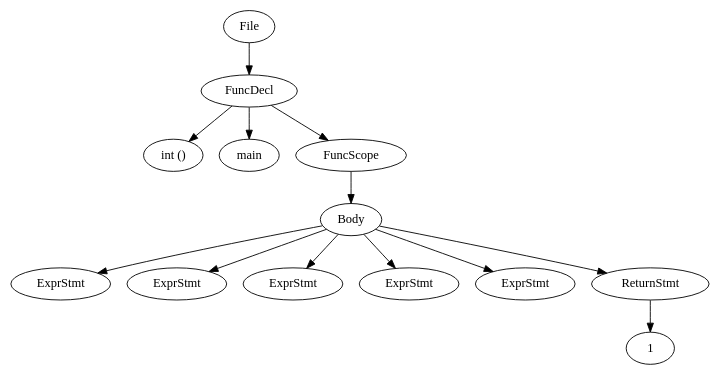
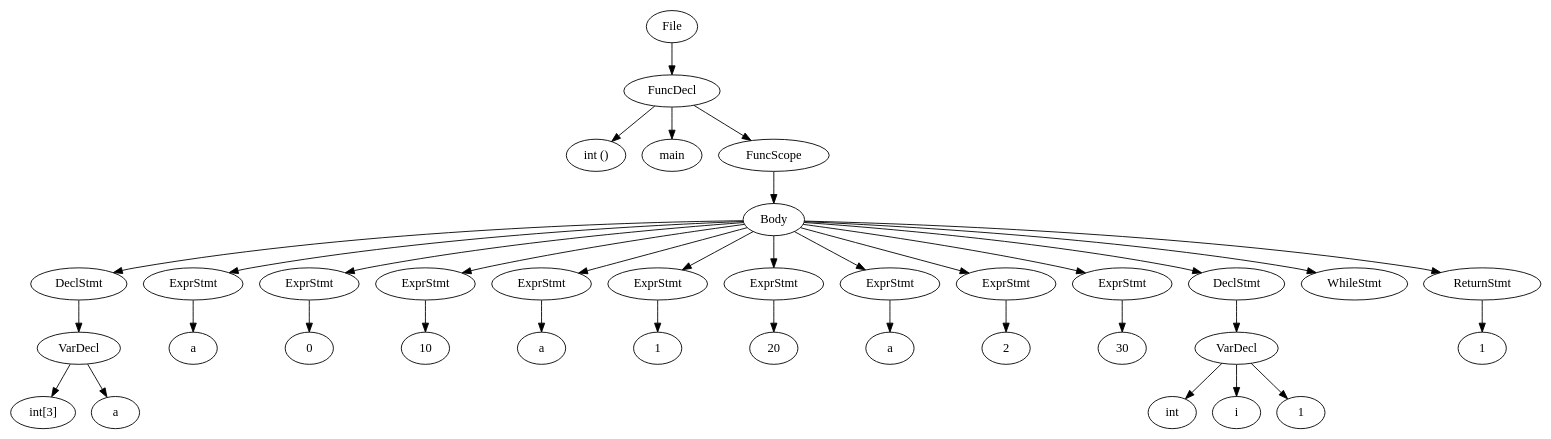
Before and after one commit to LarsDeLeeuw/Compilers: the diagram in src/output.dot, drawn with Graphviz. The commit also changed 9 other files, not shown here.

```diff
--- a/src/output.dot
+++ b/src/output.dot
@@ -1,26 +1,72 @@
 digraph {n0 [label="File"];
 n1 [label="FuncDecl"];
 n2 [label="int ()"];
 n3 [label="main"];
 n4 [label="FuncScope"];
 n6 [label="Body"];
-n8 [label="ExprStmt"];
-n10 [label="ExprStmt"];
-n12 [label="ExprStmt"];
-n14 [label="ExprStmt"];
-n16 [label="ExprStmt"];
-n18 [label="ReturnStmt"];
-n19 [label="1"];
+n8 [label="DeclStmt"];
+n9 [label="VarDecl"];
+n10 [label="int[3]"];
+n11 [label="a"];
+n13 [label="ExprStmt"];
+n14 [label="a"];
+n15 [label="ExprStmt"];
+n16 [label="0"];
+n17 [label="ExprStmt"];
+n18 [label="10"];
+n19 [label="ExprStmt"];
+n20 [label="a"];
+n21 [label="ExprStmt"];
+n22 [label="1"];
+n23 [label="ExprStmt"];
+n24 [label="20"];
+n25 [label="ExprStmt"];
+n26 [label="a"];
+n27 [label="ExprStmt"];
+n28 [label="2"];
+n29 [label="ExprStmt"];
+n30 [label="30"];
+n31 [label="DeclStmt"];
+n32 [label="VarDecl"];
+n33 [label="int"];
+n34 [label="i"];
+n35 [label="1"];
+n36 [label="WhileStmt"];
+n38 [label="ReturnStmt"];
+n39 [label="1"];
 n0 -> n1
 n1 -> n2
 n1 -> n3
 n1 -> n4
 n4 -> n6
 n6 -> n8
-n6 -> n10
-n6 -> n12
-n6 -> n14
-n6 -> n16
-n6 -> n18
-n18 -> n19
+n8 -> n9
+n9 -> n10
+n9 -> n11
+n6 -> n13
+n13 -> n14
+n6 -> n15
+n15 -> n16
+n6 -> n17
+n17 -> n18
+n6 -> n19
+n19 -> n20
+n6 -> n21
+n21 -> n22
+n6 -> n23
+n23 -> n24
+n6 -> n25
+n25 -> n26
+n6 -> n27
+n27 -> n28
+n6 -> n29
+n29 -> n30
+n6 -> n31
+n31 -> n32
+n32 -> n33
+n32 -> n34
+n32 -> n35
+n6 -> n36
+n6 -> n38
+n38 -> n39
 }
```
